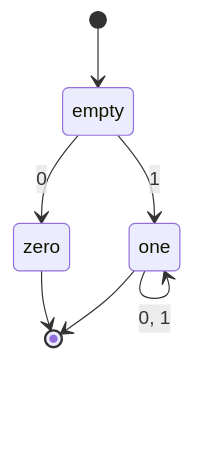
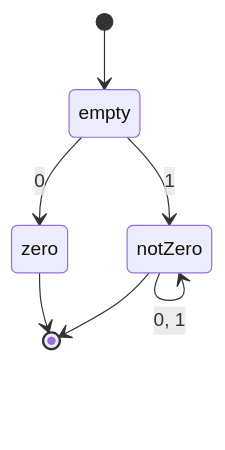
Diagram 23 of 35 in _posts/2019-09-21-recognizing-myself.md (raganwald/raganwald.github.com), drawn with Mermaid before and after one commit. The commit also changed other lines of this file and 2 other files, not shown here.

```diff
--- a/_posts/2019-09-21-recognizing-myself.md
+++ b/_posts/2019-09-21-recognizing-myself.md
@@ -1292,9 +1257,9 @@
 <div class="mermaid">
   stateDiagram
     [*] --> empty
     empty --> zero : 0
-    empty --> one : 1
-    one --> one : 0, 1
+    empty --> notZero : 1
+    notZero --> notZero : 0, 1
     zero --> [*]
-    one --> [*]
+    notZero --> [*]
 </div>
```
